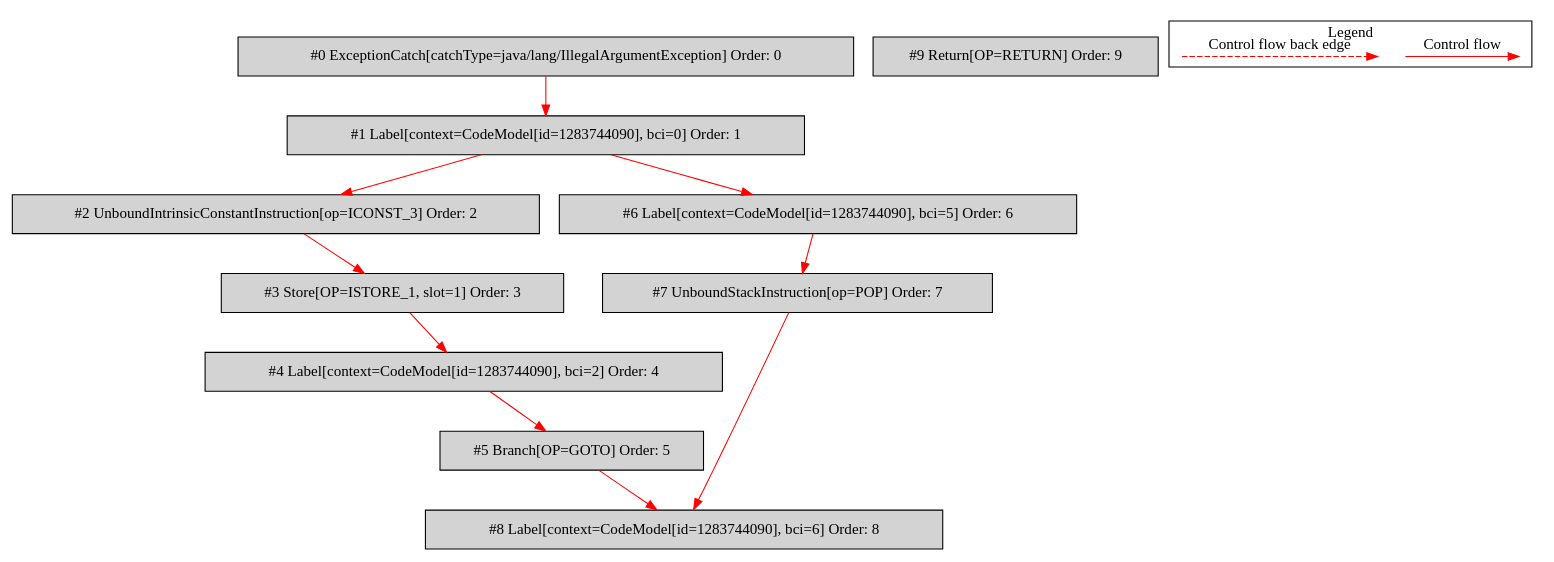
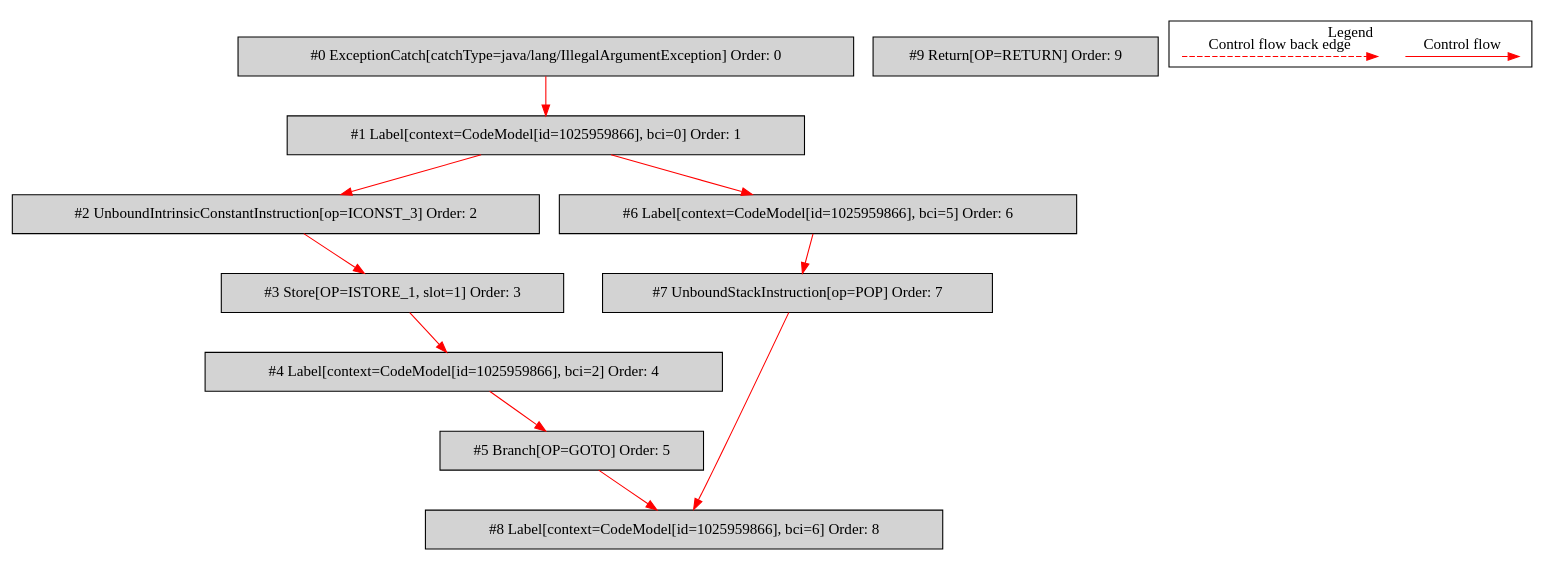
Before and after one commit to mirkosertic/MetaIR: the diagram in de.mirkosertic.metair.ir.OpcodeTryCatchTest/test_SimpleCatch/bytecodecfg.dot, drawn with Graphviz. The commit also changed 1410 other files, not shown here.

```diff
--- a/de.mirkosertic.metair.ir.OpcodeTryCatchTest/test_SimpleCatch/bytecodecfg.dot
+++ b/de.mirkosertic.metair.ir.OpcodeTryCatchTest/test_SimpleCatch/bytecodecfg.dot
@@ -1,35 +1,35 @@
 digraph {
  node0[label="#0 ExceptionCatch[catchType=java/lang/IllegalArgumentException] Order: 0", shape=box, fillcolor=lightgrey, style=filled];
- node1[label="#1 Label[context=CodeModel[id=1283744090], bci=0] Order: 1", shape=box, fillcolor=lightgrey, style=filled];
+ node1[label="#1 Label[context=CodeModel[id=1025959866], bci=0] Order: 1", shape=box, fillcolor=lightgrey, style=filled];
  node2[label="#2 UnboundIntrinsicConstantInstruction[op=ICONST_3] Order: 2", shape=box, fillcolor=lightgrey, style=filled];
  node3[label="#3 Store[OP=ISTORE_1, slot=1] Order: 3", shape=box, fillcolor=lightgrey, style=filled];
- node4[label="#4 Label[context=CodeModel[id=1283744090], bci=2] Order: 4", shape=box, fillcolor=lightgrey, style=filled];
+ node4[label="#4 Label[context=CodeModel[id=1025959866], bci=2] Order: 4", shape=box, fillcolor=lightgrey, style=filled];
  node5[label="#5 Branch[OP=GOTO] Order: 5", shape=box, fillcolor=lightgrey, style=filled];
- node6[label="#6 Label[context=CodeModel[id=1283744090], bci=5] Order: 6", shape=box, fillcolor=lightgrey, style=filled];
+ node6[label="#6 Label[context=CodeModel[id=1025959866], bci=5] Order: 6", shape=box, fillcolor=lightgrey, style=filled];
  node7[label="#7 UnboundStackInstruction[op=POP] Order: 7", shape=box, fillcolor=lightgrey, style=filled];
- node8[label="#8 Label[context=CodeModel[id=1283744090], bci=6] Order: 8", shape=box, fillcolor=lightgrey, style=filled];
+ node8[label="#8 Label[context=CodeModel[id=1025959866], bci=6] Order: 8", shape=box, fillcolor=lightgrey, style=filled];
  node9[label="#9 Return[OP=RETURN] Order: 9", shape=box, fillcolor=lightgrey, style=filled];
  node0 -> node1[color=red];
  node1 -> node2[color=red];
  node2 -> node3[color=red];
  node3 -> node4[color=red];
  node4 -> node5[color=red];
  node1 -> node6[color=red];
  node6 -> node7[color=red];
  node5 -> node8[color=red];
  node7 -> node8[color=red];
  subgraph cluster_000 {
   label = "Legend";
   node [shape=point]
   {
    rank=same;
    c0 [style = invis];
    c1 [style = invis];
    c2 [style = invis];
    c3 [style = invis];
   }
   c0 -> c1 [label="Control flow", style=solid, color=red]
   c2 -> c3 [label="Control flow back edge", style=dashed, color=red]
  }
 
 }
```
